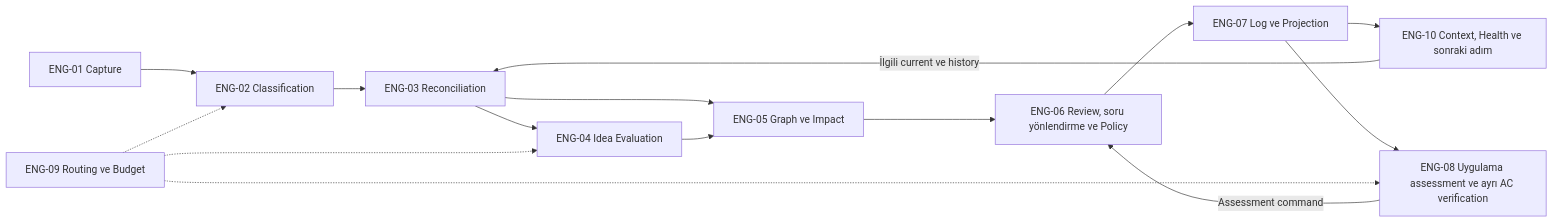
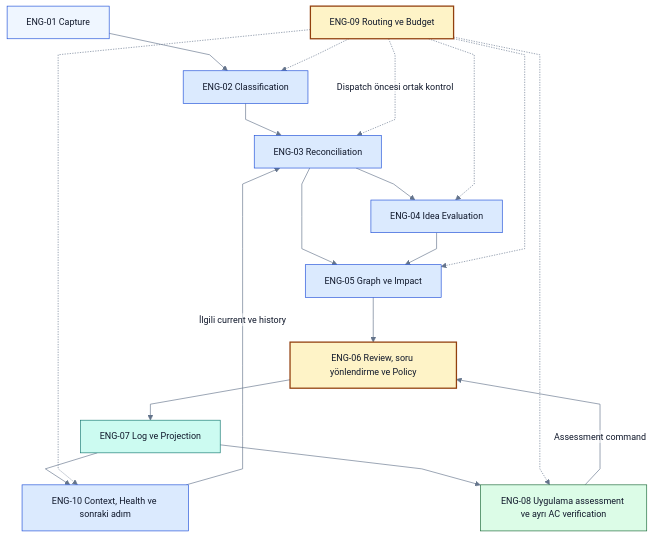
Before and after one commit to alphanAkbulut/decivora: the second of 13 diagrams in docs/architecture/diagrams.md, drawn with Mermaid. The commit also changed other lines of this file and 21 other files, not shown here.

Commit message:
Refresh all Mermaid diagrams, clarify decision states and document rendering evidence

````diff
--- a/docs/architecture/diagrams.md
+++ b/docs/architecture/diagrams.md
@@ -56,17 +74,33 @@
 ```mermaid
-flowchart LR
+%%{init: {"theme":"base","themeVariables":{"fontFamily":"Arial, sans-serif","fontSize":"14px","primaryColor":"#eff6ff","primaryTextColor":"#0f172a","primaryBorderColor":"#1d4ed8","lineColor":"#64748b","secondaryColor":"#ccfbf1","tertiaryColor":"#f1f5f9","background":"#ffffff","mainBkg":"#eff6ff","textColor":"#0f172a","clusterBkg":"#f8fafc","clusterBorder":"#94a3b8","edgeLabelBackground":"#ffffff","actorBkg":"#eff6ff","actorTextColor":"#0f172a","actorBorder":"#1d4ed8","signalColor":"#64748b","signalTextColor":"#0f172a","noteBkgColor":"#fef3c7","noteTextColor":"#0f172a","noteBorderColor":"#92400e"},"flowchart":{"htmlLabels":false,"curve":"linear"},"sequence":{"wrap":true},"themeCSS":"background-color:#ffffff;"}}%%
+flowchart TB
+    accTitle: On engine ve ortak policy
+    accDescr: Önerilen tasarım veya açıkça belirtilen sentetik örnek. Renkler alan ve kontrol türünü gösterir; implemented veya passed kanıtı değildir. Yetki, revision ve coverage sınırları korunur.
     E1[ENG-01 Capture] --> E2[ENG-02 Classification]
     E2 --> E3[ENG-03 Reconciliation]
     E3 --> E4[ENG-04 Idea Evaluation]
     E3 --> E5[ENG-05 Graph ve Impact]
     E4 --> E5
     E5 --> E6[ENG-06 Review, soru yönlendirme ve Policy]
     E6 --> E7[ENG-07 Log ve Projection]
     E7 --> E10[ENG-10 Context, Health ve sonraki adım]
     E10 -->|İlgili current ve history| E3
     E7 --> E8[ENG-08 Uygulama assessment ve ayrı AC verification]
     E8 -->|Assessment command| E6
     E9[ENG-09 Routing ve Budget] -.-> E2
     E9 -.-> E4
     E9 -.-> E8
+    E9 -.->|Dispatch öncesi ortak kontrol| E3
+    E9 -.-> E5
+    E9 -.-> E10
+    classDef source fill:#eff6ff,stroke:#1d4ed8,color:#0f172a
+    classDef process fill:#dbeafe,stroke:#1d4ed8,color:#0f172a
+    classDef gate fill:#fef3c7,stroke:#92400e,color:#0f172a,stroke-width:2px
+    classDef store fill:#ccfbf1,stroke:#0f766e,color:#0f172a
+    classDef evidence fill:#dcfce7,stroke:#166534,color:#0f172a
+    class E1 source
+    class E2,E3,E4,E5,E10 process
+    class E6,E9 gate
+    class E7 store
+    class E8 evidence
 ```
````
